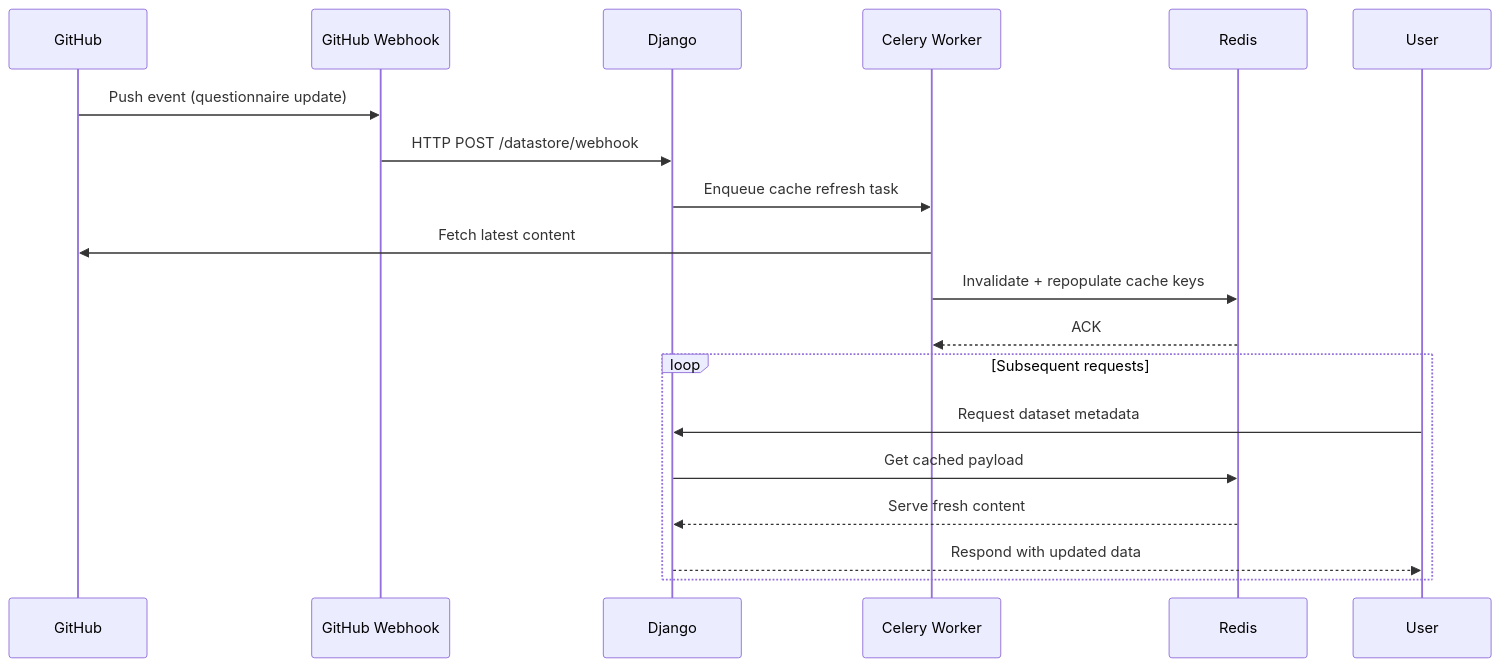
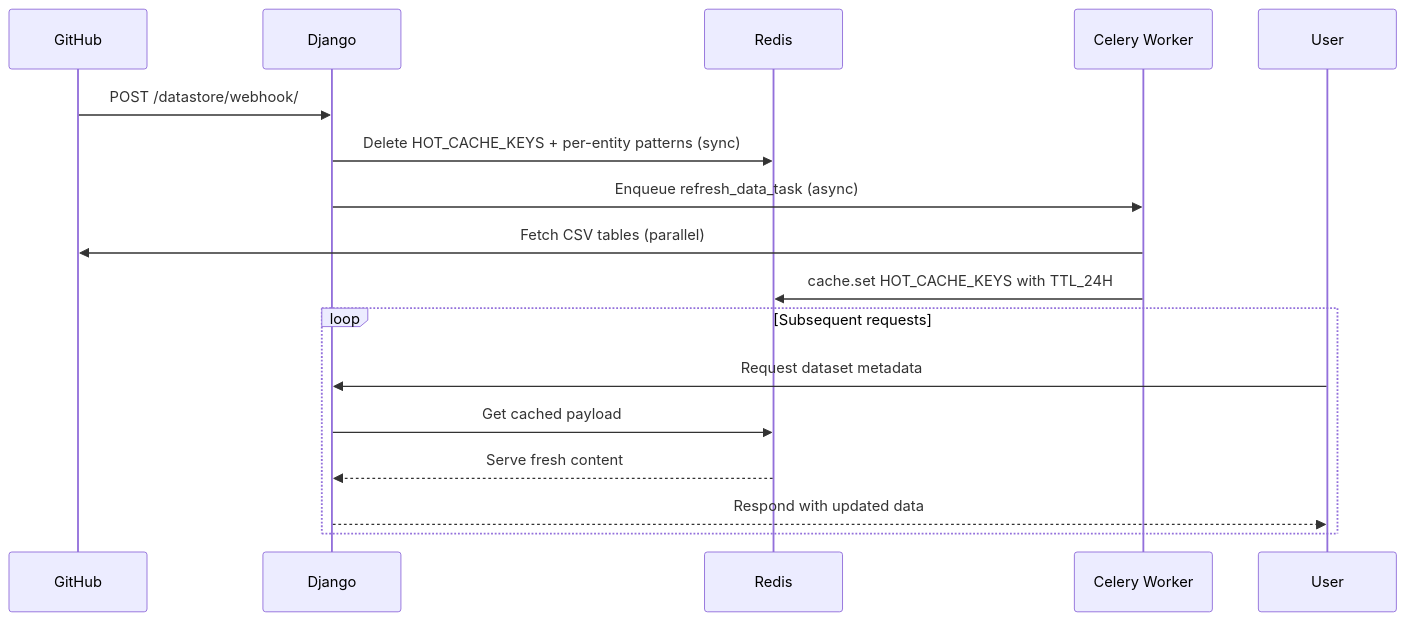
One commit to ClimateSmartAgCollab/DRT_Design_Document changed the second of 5 diagrams in docs/cache-architecture.md. Above: the diagram before and after it, drawn with Mermaid. The commit also changed other lines of this file and 13 other files, not shown here.

Commit message:
Fix GitHub cache refresh pipeline and harden cache behavior

````diff
--- a/docs/cache-architecture.md
+++ b/docs/cache-architecture.md
@@ -64,22 +66,20 @@
 ```mermaid
 sequenceDiagram
     participant GitHub
-    participant Webhook as GitHub Webhook
     participant Django
+    participant Redis
     participant Celery as Celery Worker
-    participant Redis
     participant User
 
-    GitHub->>Webhook: Push event (questionnaire update)
-    Webhook->>Django: HTTP POST /datastore/webhook
-    Django->>Celery: Enqueue cache refresh task
-    Celery->>GitHub: Fetch latest content
-    Celery->>Redis: Invalidate + repopulate cache keys
-    Redis-->>Celery: ACK
+    GitHub->>Django: POST /datastore/webhook/
+    Django->>Redis: Delete HOT_CACHE_KEYS + per-entity patterns (sync)
+    Django->>Celery: Enqueue refresh_data_task (async)
+    Celery->>GitHub: Fetch CSV tables (parallel)
+    Celery->>Redis: cache.set HOT_CACHE_KEYS with TTL_24H
     loop Subsequent requests
         User->>Django: Request dataset metadata
         Django->>Redis: Get cached payload
         Redis-->>Django: Serve fresh content
         Django-->>User: Respond with updated data
     end
 ```
````
